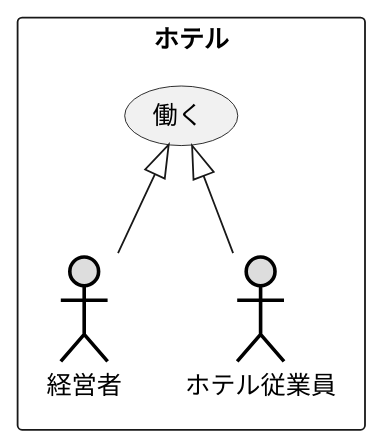
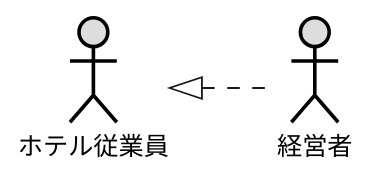
Before and after one commit to Ragamn/uml-introduction: the diagram in 演習2-2_ホテル従業員.pu, drawn with PlantUML. The commit also changed 2 other files, not shown here.

```diff
--- a/演習2-2_ホテル従業員.pu
+++ b/演習2-2_ホテル従業員.pu
@@ -1,9 +1,6 @@
 @startuml 演習2-2
-rectangle ホテル {
+left to right direction
 actor 経営者 #DDDDDD;line:black;line.bold;
 actor ホテル従業員 #DDDDDD;line:black;line.bold;
-usecase 働く
-}
-働く <|-- 経営者
-働く <|-- ホテル従業員
+ホテル従業員 <|.. 経営者
 @enduml
```
